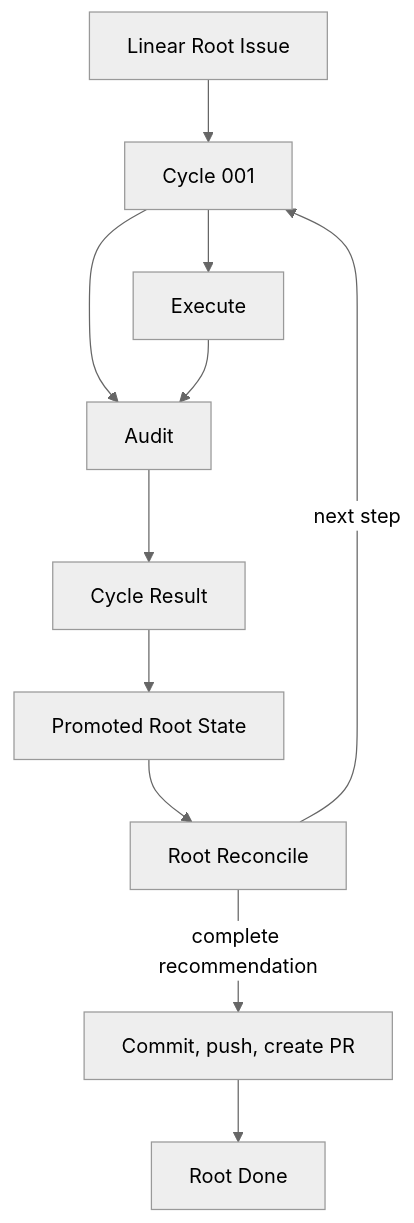
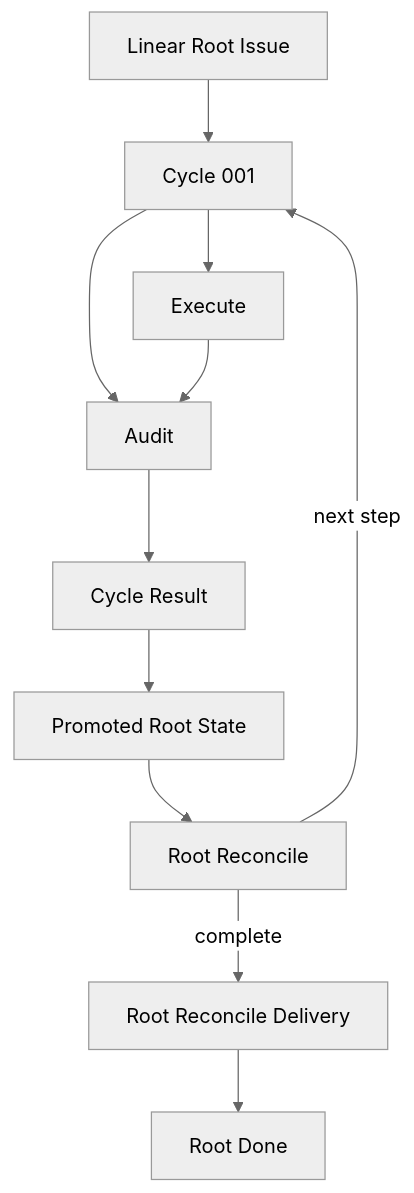
Before and after one commit to hallucination-studio/symphony: the diagram in docs/architecture/workflow-model.md, drawn with Mermaid (neutral theme). The commit also changed other lines of this file and 34 other files, not shown here.

Commit message:
feat: move workspace and delivery ownership to root reconcile

````diff
--- a/docs/architecture/workflow-model.md
+++ b/docs/architecture/workflow-model.md
@@ -155,14 +157,14 @@
 ```mermaid
 %% source-rules: WF-TOPO-001 WF-TOPO-002 WF-TOPO-003 WF-AUTH-008
 flowchart TD
   Root[Linear Root Issue] --> Cycle[Cycle 001]
   Cycle --> Execute[Execute]
   Cycle --> Audit[Audit]
   Execute --> Audit
   Audit --> Result[Cycle Result]
   Result --> State[Promoted Root State]
   State --> Reconcile[Root Reconcile]
   Reconcile -->|next step| Cycle
-  Reconcile -->|complete recommendation| PR[Commit, push, create PR]
-  PR --> Done[Root Done]
+  Reconcile -->|complete| Delivery[Root Reconcile Delivery]
+  Delivery --> Done[Root Done]
 ```
````
